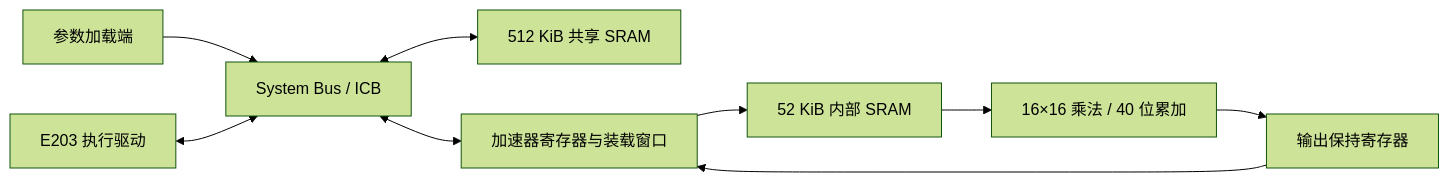
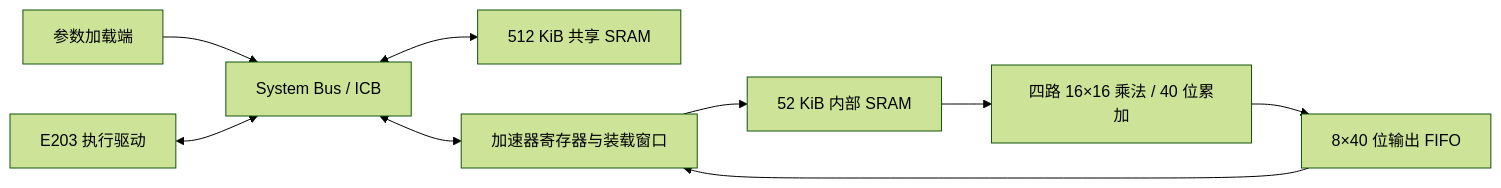
The diagram in docs/architecture.md (hhaxi/keyword_transfomer_accelerator), drawn with Mermaid (forest theme) before and after one commit. The commit also changed other lines of this file and 11 other files, not shown here.

````diff
--- a/docs/architecture.md
+++ b/docs/architecture.md
@@ -56,11 +60,11 @@
 ```mermaid
 flowchart LR
     H[参数加载端] --> B[System Bus / ICB]
     C[E203 执行驱动] <--> B
     B <--> S[512 KiB 共享 SRAM]
     B <--> A[加速器寄存器与装载窗口]
     A --> M[52 KiB 内部 SRAM]
-    M --> D[16×16 乘法 / 40 位累加]
-    D --> O[输出保持寄存器]
+    M --> D[四路 16×16 乘法 / 40 位累加]
+    D --> O[8×40 位输出 FIFO]
     O --> A
 ```
````
